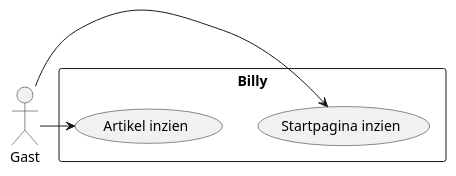
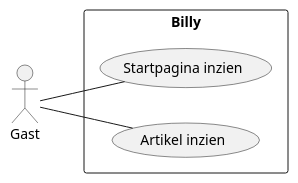
Before and after one commit to software-strijders/billy: the diagram in documentation/uml/use-case/use-case.plantuml, drawn with PlantUML.

Commit message:
Refactor usecase diagram

```diff
--- a/documentation/uml/use-case/use-case.plantuml
+++ b/documentation/uml/use-case/use-case.plantuml
@@ -1,13 +1,15 @@
 @startuml use_case_diagram
+
+left to right direction
 
 actor Gast as g
 
 rectangle Billy {
   usecase "Startpagina inzien" as UC1
   usecase "Artikel inzien" as UC2
 }
 
-g -right-> UC1
-g -right-> UC2
+g -right- UC1
+g -- UC2
 
 @enduml
```
